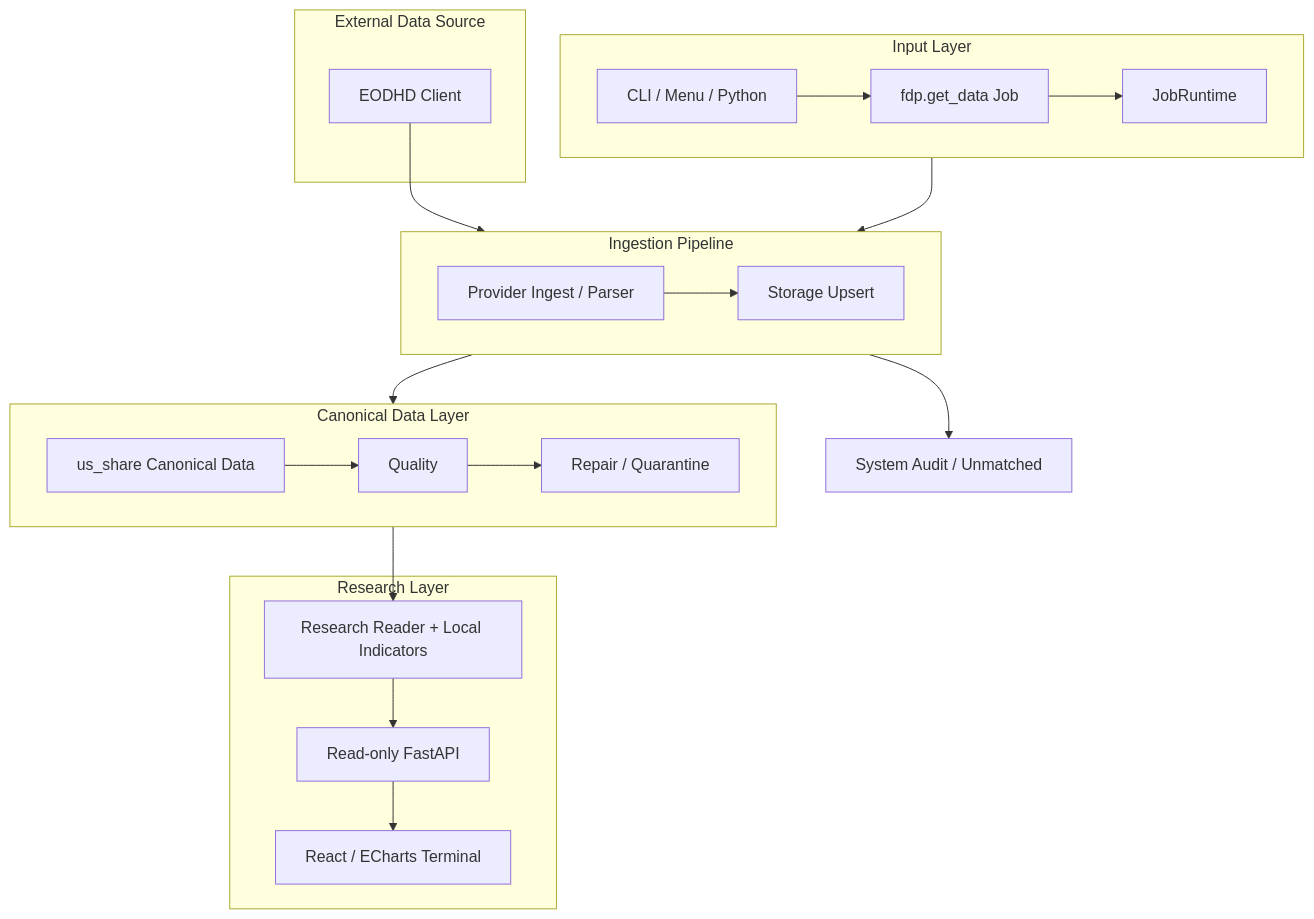
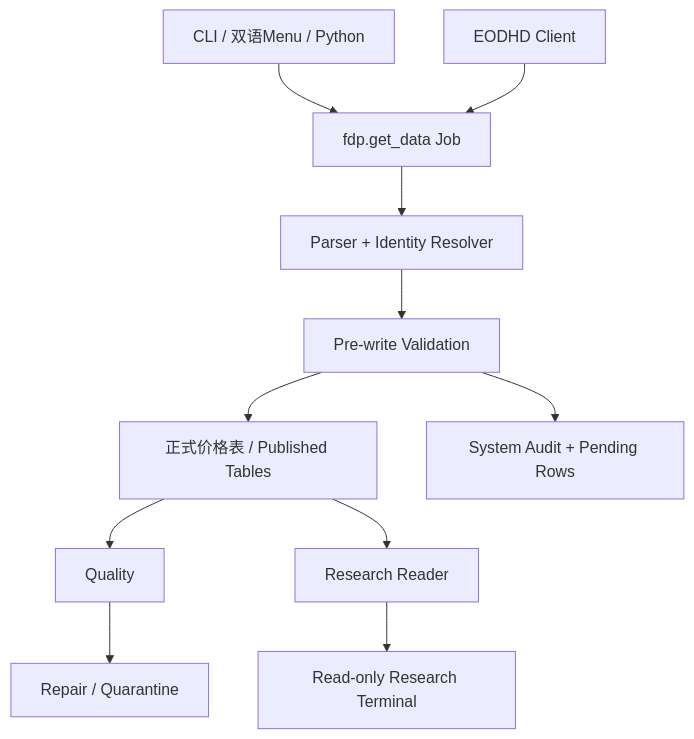
The second of 7 diagrams in database_system_cli/docs/architecture.md (jay-den-21/Meridian-J21-quant-terminal), drawn with Mermaid before and after one commit. The commit also changed other lines of this file and 10 other files, not shown here.

Commit message:
Plan resilient CLI data workflows

````diff
--- a/database_system_cli/docs/architecture.md
+++ b/database_system_cli/docs/architecture.md
@@ -51,36 +77,13 @@
 ```mermaid
 flowchart TB
-    subgraph Input["Input Layer"]
-        direction LR
-        A["CLI / Menu / Python"] --> B["fdp.get_data Job"]
-        B --> C["JobRuntime"]
-    end
-
-    subgraph Source["External Data Source"]
-        D["EODHD Client"]
-    end
-
-    subgraph Pipeline["Ingestion Pipeline"]
-        direction LR
-        C --> E["Provider Ingest / Parser"]
-        D --> E
-        E --> F["Storage Upsert"]
-    end
-
-    subgraph Core["Canonical Data Layer"]
-        direction LR
-        F --> G["us_share Canonical Data"]
-        G --> I["Quality"]
-        I --> J["Repair / Quarantine"]
-    end
-
-    subgraph Research["Research Layer"]
-        K["Research Reader + Local Indicators"]
-        L["Read-only FastAPI"]
-        M["React / ECharts Terminal"]
-    end
-
-    E --> H["System Audit / Unmatched"]
-    G --> K
-    K --> L --> M
+    A["CLI / 双语Menu / Python"] --> B["fdp.get_data Job"]
+    C["EODHD Client"] --> B
+    B --> D["Parser + Identity Resolver"]
+    D --> E["Pre-write Validation"]
+    E --> F["正式价格表 / Published Tables"]
+    E --> G["System Audit + Pending Rows"]
+    F --> H["Quality"]
+    H --> I["Repair / Quarantine"]
+    F --> J["Research Reader"]
+    J --> K["Read-only Research Terminal"]
 ```
````
